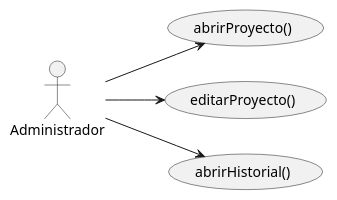
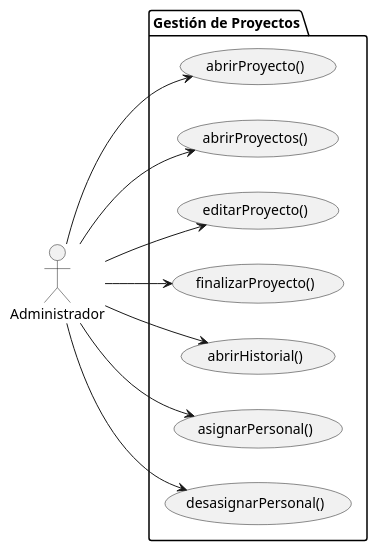
Before and after one commit to Angelo2272/26-27-IdSw1-SDR: the diagram in modelosUML/01-actores-casos-uso/dimension-proyecto/actores-casos-uso.puml, drawn with PlantUML. The commit also changed 2 other files, not shown here.

Commit message:
feat/agregar casos de uso necesarios en la gestión de proyectos

```diff
--- a/modelosUML/01-actores-casos-uso/dimension-proyecto/actores-casos-uso.puml
+++ b/modelosUML/01-actores-casos-uso/dimension-proyecto/actores-casos-uso.puml
@@ -1,13 +1,24 @@
 @startuml
 left to right direction
 
 actor Administrador as admin
 
-usecase "abrirProyecto()" as UC1
-usecase "editarProyecto()" as UC2
-usecase "abrirHistorial()" as UC3
+package "Gestión de Proyectos"{
+  usecase "abrirProyecto()" as abrirProyecto
+  usecase "abrirProyectos()" as abrirProyectos
+  usecase "editarProyecto()" as editarProyecto
+  usecase "finalizarProyecto()" as finalizarProyecto
+  usecase "abrirHistorial()" as abrirHistorial
+  usecase "asignarPersonal()" as asignarPersonal
+  usecase "desasignarPersonal()" as desasignarPersonal
+}
 
-admin --> UC1
-admin --> UC2
-admin --> UC3
+admin --> abrirProyecto
+admin --> abrirProyectos
+admin --> editarProyecto
+admin --> finalizarProyecto
+admin --> abrirHistorial
+admin --> asignarPersonal
+admin --> desasignarPersonal
+
 @enduml
```
